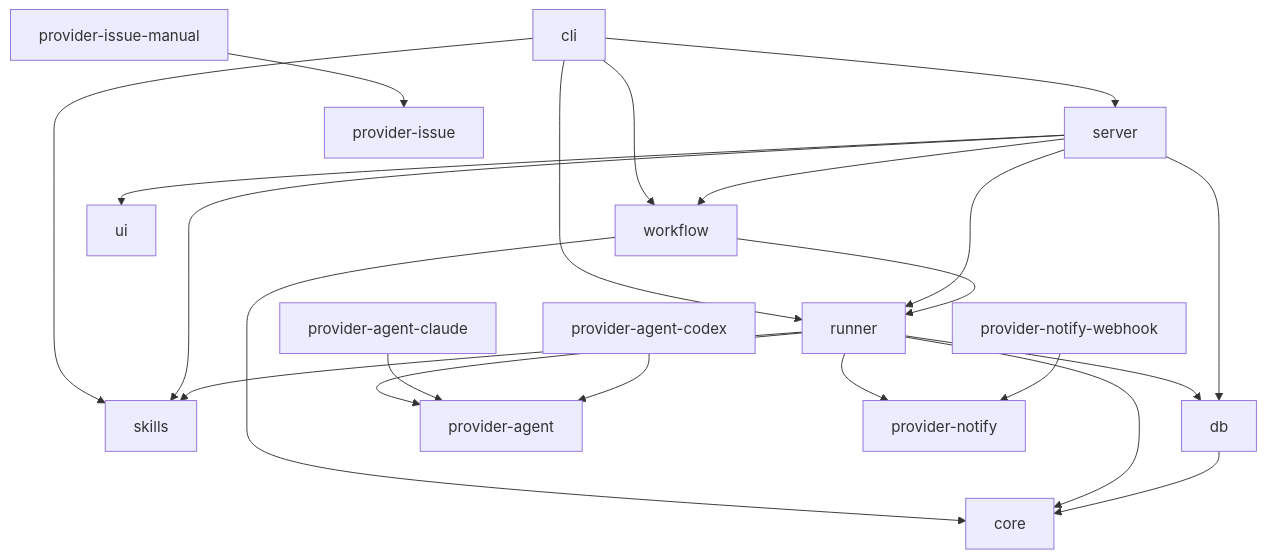
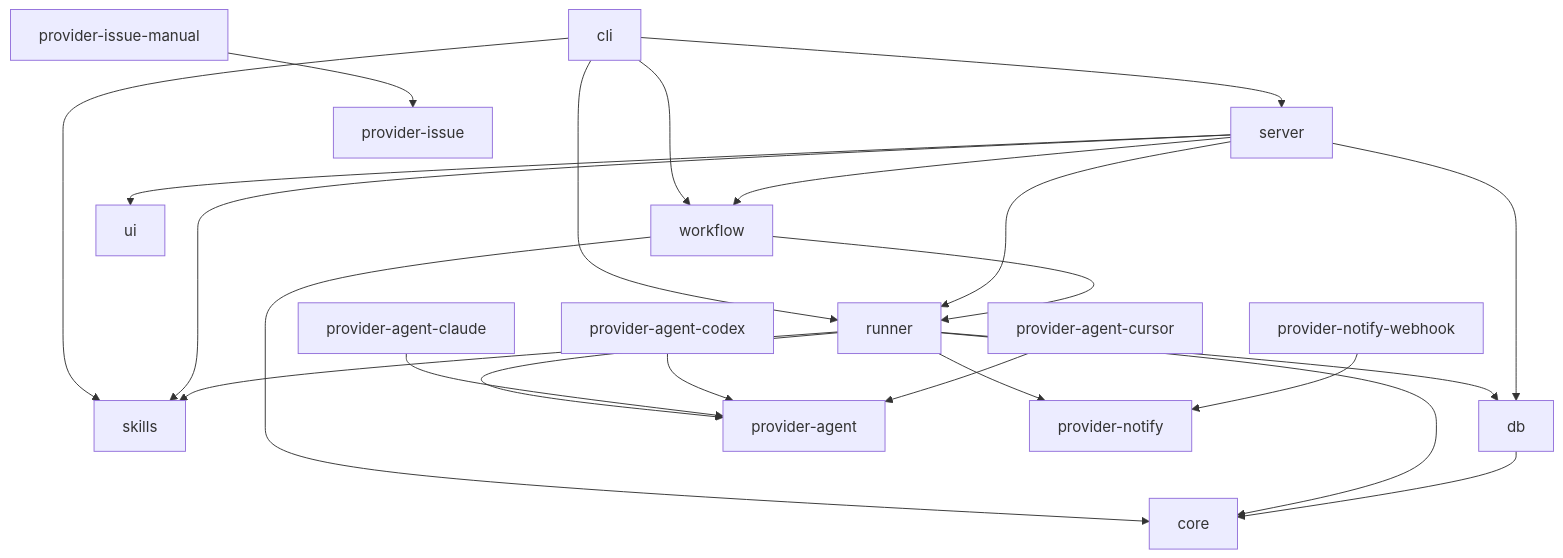
Before and after one commit to yangjieling/agent-desk: the first of 2 diagrams in docs/architecture.md, drawn with Mermaid. The commit also changed 12 other files, not shown here.

Commit message:
feat(agent): add Cursor Agent CLI backend and settings option.

````diff
--- a/docs/architecture.md
+++ b/docs/architecture.md
@@ -12,24 +12,25 @@
 ```mermaid
 flowchart TB
   cli --> server
   cli --> runner
   cli --> workflow
   cli --> skills
   server --> runner
   server --> workflow
   server --> skills
   server --> ui
   workflow --> runner
   workflow --> core
   runner --> core
   runner --> db
   runner --> provider-agent
   runner --> provider-notify
   runner --> skills
   server --> db
   db --> core
   provider-agent-claude --> provider-agent
   provider-agent-codex --> provider-agent
+  provider-agent-cursor --> provider-agent
   provider-issue-manual --> provider-issue
   provider-notify-webhook --> provider-notify
 ```
````
